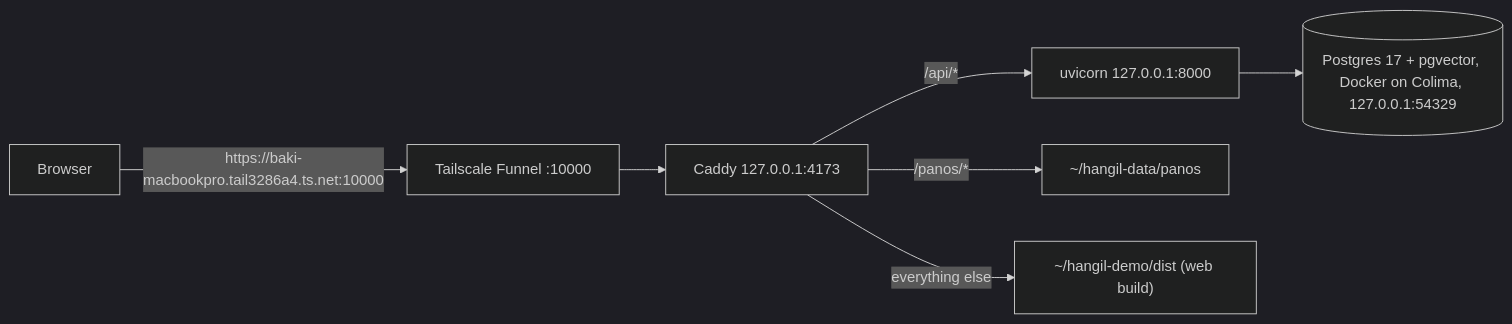
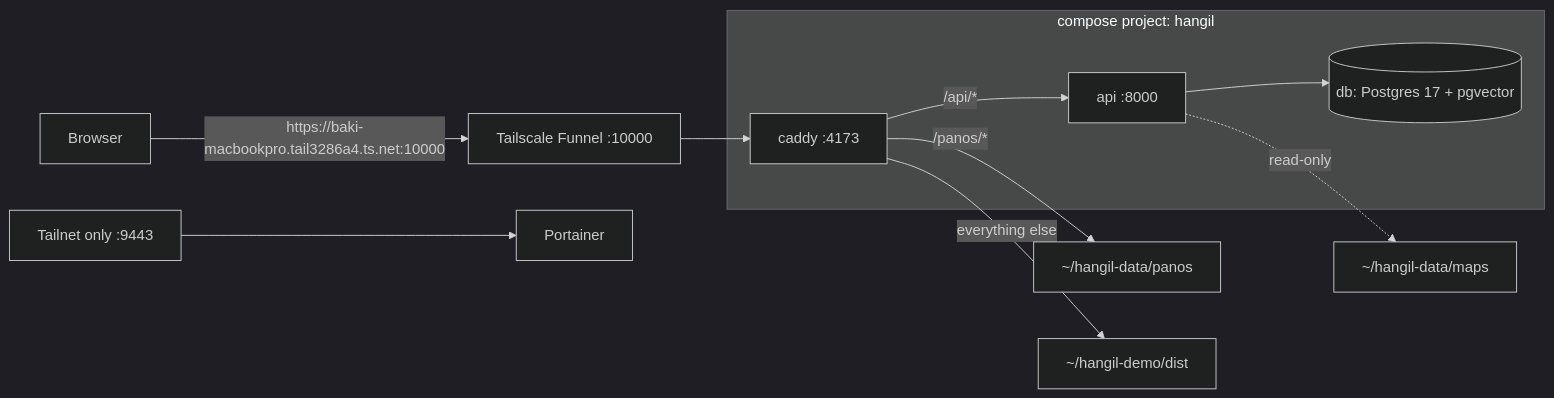
The diagram in README.md (team-onetruck/oneload-infra), drawn with Mermaid (dark theme) before and after one commit. The commit also changed other lines of this file and 6 other files, not shown here.

First line of the commit message:
Run Hangil as a docker compose project, add Portainer

````diff
--- a/README.md
+++ b/README.md
@@ -5,9 +7,13 @@
 ```mermaid
 flowchart LR
     U["Browser"] -->|"https://baki-macbookpro.tail3286a4.ts.net:10000"| F["Tailscale Funnel :10000"]
-    F --> C["Caddy 127.0.0.1:4173"]
-    C -->|"/api/*"| A["uvicorn 127.0.0.1:8000"]
+    F --> C
+    subgraph hangil["compose project: hangil"]
+        C["caddy :4173"] -->|"/api/*"| A["api :8000"]
+        A --> P[("db: Postgres 17 + pgvector")]
+    end
     C -->|"/panos/*"| D["~/hangil-data/panos"]
-    C -->|"everything else"| W["~/hangil-demo/dist (web build)"]
-    A --> P[("Postgres 17 + pgvector, Docker on Colima, 127.0.0.1:54329")]
+    C -->|"everything else"| W["~/hangil-demo/dist"]
+    A -.->|"read-only"| M["~/hangil-data/maps"]
+    T["Tailnet only :9443"] --> PT["Portainer"]
 ```
````
